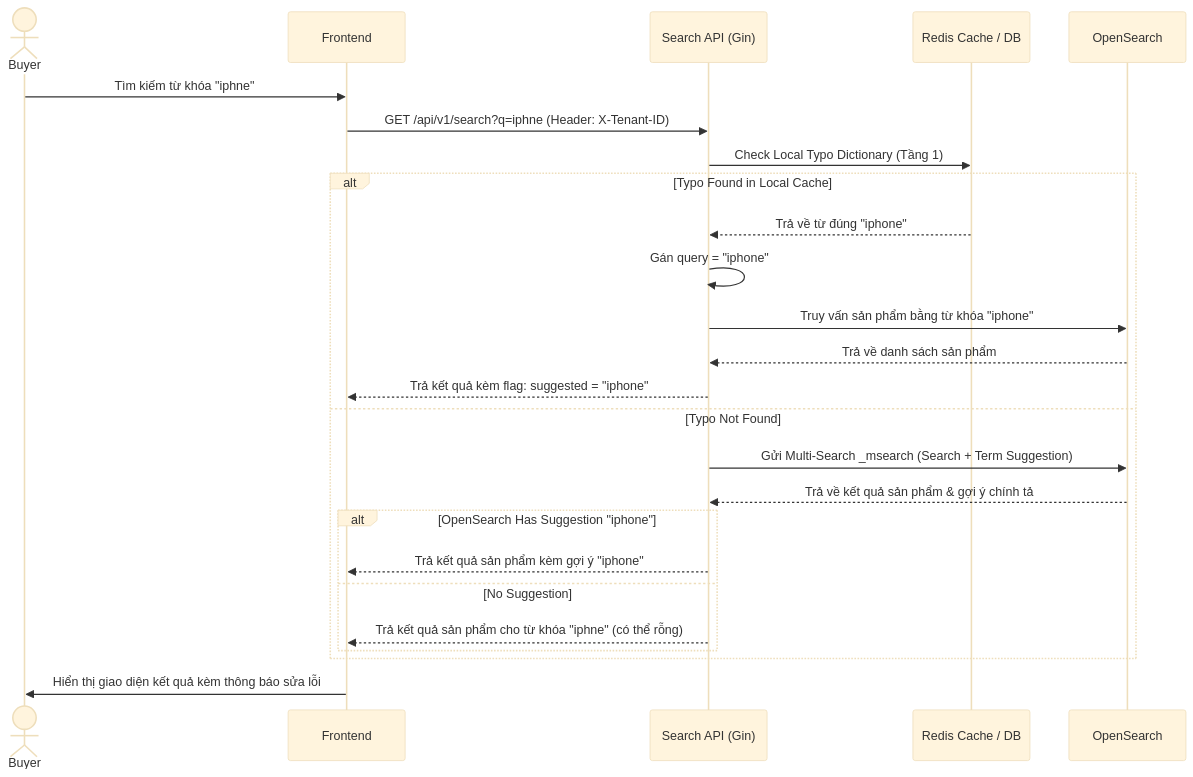
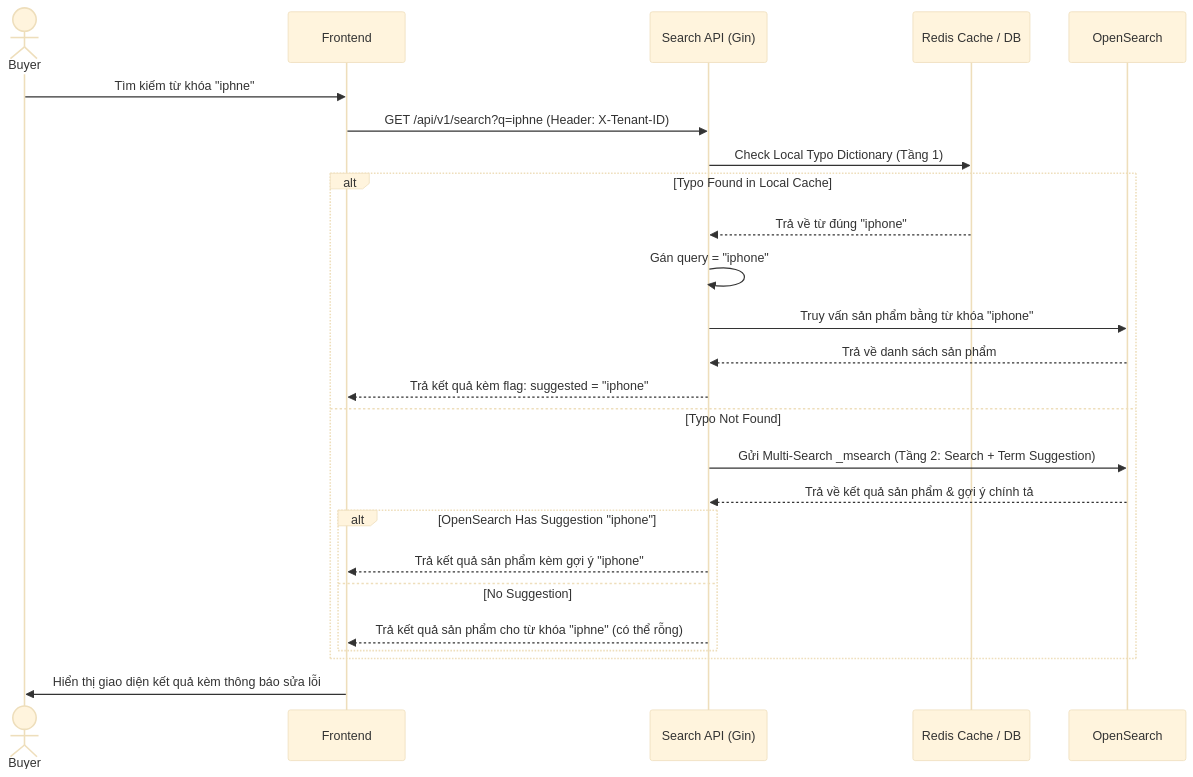
Before and after one commit to PhamHao1412/search-engine: the diagram in ba/user-stories/US-004-Spellcheck.md, drawn with Mermaid (base theme). The commit also changed other lines of this file and 27 other files, not shown here.

````diff
--- a/ba/user-stories/US-004-Spellcheck.md
+++ b/ba/user-stories/US-004-Spellcheck.md
@@ -45,28 +45,28 @@
 ```mermaid
 sequenceDiagram
 actor Buyer
 participant FE as Frontend
 participant SearchAPI as Search API (Gin)
 participant Redis as Redis Cache / DB
 participant OpenSearch as OpenSearch
 
 Buyer->>FE: Tìm kiếm từ khóa "iphne"
 FE->>SearchAPI: GET /api/v1/search?q=iphne (Header: X-Tenant-ID)
 SearchAPI->>Redis: Check Local Typo Dictionary (Tầng 1)
 alt Typo Found in Local Cache
     Redis-->>SearchAPI: Trả về từ đúng "iphone"
     SearchAPI->>SearchAPI: Gán query = "iphone"
     SearchAPI->>OpenSearch: Truy vấn sản phẩm bằng từ khóa "iphone"
     OpenSearch-->>SearchAPI: Trả về danh sách sản phẩm
     SearchAPI-->>FE: Trả kết quả kèm flag: suggested = "iphone"
 else Typo Not Found
-    SearchAPI->>OpenSearch: Gửi Multi-Search _msearch (Search + Term Suggestion)
+    SearchAPI->>OpenSearch: Gửi Multi-Search _msearch (Tầng 2: Search + Term Suggestion)
     OpenSearch-->>SearchAPI: Trả về kết quả sản phẩm & gợi ý chính tả
     alt OpenSearch Has Suggestion "iphone"
         SearchAPI-->>FE: Trả kết quả sản phẩm kèm gợi ý "iphone"
     else No Suggestion
         SearchAPI-->>FE: Trả kết quả sản phẩm cho từ khóa "iphne" (có thể rỗng)
     end
 end
 FE->>Buyer: Hiển thị giao diện kết quả kèm thông báo sửa lỗi
 ```
````
